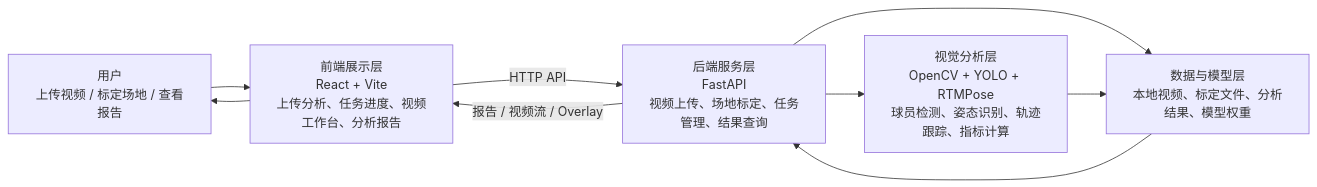
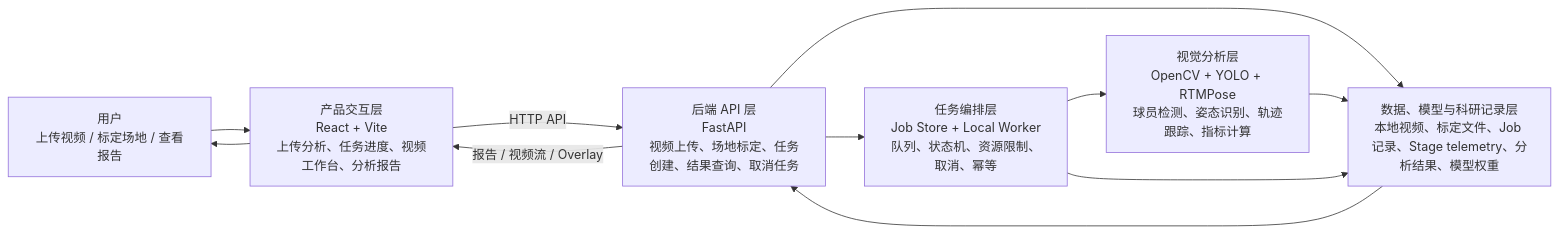
One commit to TuIanL/bsu-pickleball changed the first of 2 diagrams in system-architecture.md. Above: the diagram before and after it, drawn with Mermaid. The commit also changed other lines of this file and 34 other files, not shown here.

Commit message:
add-analysis-job-orchestration-foundation 基础底座

````diff
--- a/system-architecture.md
+++ b/system-architecture.md
@@ -7,21 +7,25 @@
 ```mermaid
 flowchart LR
   user["用户<br/>上传视频 / 标定场地 / 查看报告"]
 
-  frontend["前端展示层<br/>React + Vite<br/>上传分析、任务进度、视频工作台、分析报告"]
+  frontend["产品交互层<br/>React + Vite<br/>上传分析、任务进度、视频工作台、分析报告"]
 
-  backend["后端服务层<br/>FastAPI<br/>视频上传、场地标定、任务管理、结果查询"]
+  backend["后端 API 层<br/>FastAPI<br/>视频上传、场地标定、任务创建、结果查询、取消任务"]
+
+  orchestration["任务编排层<br/>Job Store + Local Worker<br/>队列、状态机、资源限制、取消、幂等"]
 
   algorithm["视觉分析层<br/>OpenCV + YOLO + RTMPose<br/>球员检测、姿态识别、轨迹跟踪、指标计算"]
 
-  storage["数据与模型层<br/>本地视频、标定文件、分析结果、模型权重"]
+  storage["数据、模型与科研记录层<br/>本地视频、标定文件、Job 记录、Stage telemetry、分析结果、模型权重"]
 
   user --> frontend
   frontend -- "HTTP API" --> backend
-  backend --> algorithm
+  backend --> orchestration
+  orchestration --> algorithm
   backend --> storage
   algorithm --> storage
+  orchestration --> storage
   storage --> backend
   backend -- "报告 / 视频流 / Overlay" --> frontend
   frontend --> user
 ```
````
